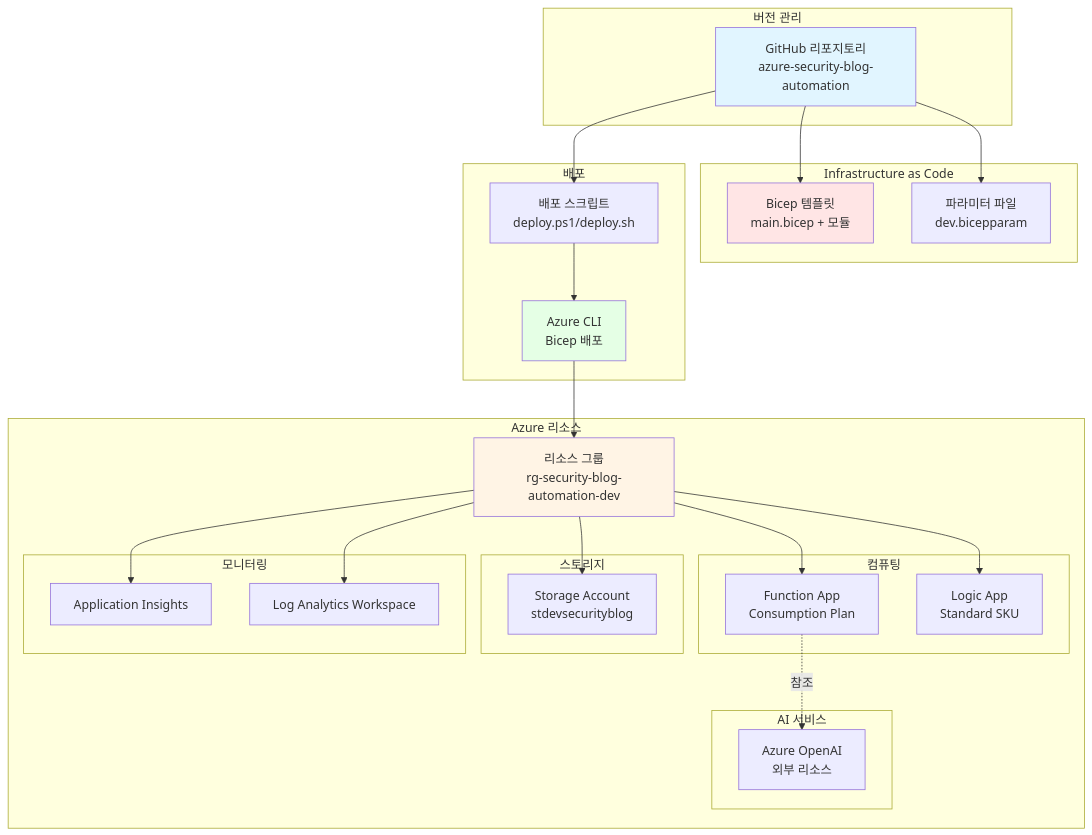
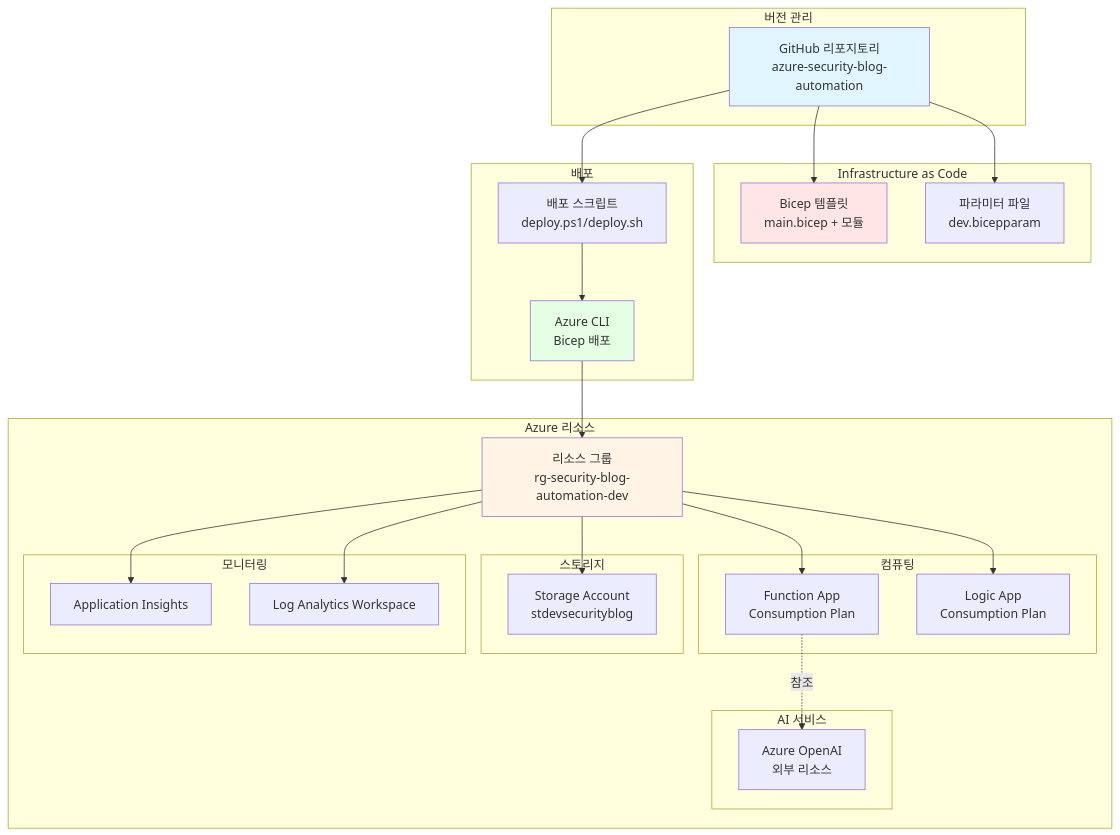
Before and after one commit to zer0big/azure-security-blog-automation: the fourth of 4 diagrams in docs/아키텍처.md, drawn with Mermaid. The commit also changed other lines of this file and 9 other files, not shown here.

First line of the commit message:
docs: v4.0.0 전체 현행화 - 피드/스케줄/Logic App 타입 업데이트

````diff
--- a/docs/아키텍처.md
+++ b/docs/아키텍처.md
@@ -222,55 +223,55 @@
 ```mermaid
 graph TB
     subgraph "버전 관리"
         REPO["GitHub 리포지토리\nazure-security-blog-automation"]
     end
     
     subgraph "Infrastructure as Code"
         BICEP["Bicep 템플릿\nmain.bicep + 모듈"]
         PARAMS["파라미터 파일\ndev.bicepparam"]
     end
     
     subgraph "배포"
         SCRIPT["배포 스크립트\ndeploy.ps1/deploy.sh"]
         AZCLI["Azure CLI\nBicep 배포"]
     end
     
     subgraph "Azure 리소스"
         RG["리소스 그룹\nrg-security-blog-automation-dev"]
         
         subgraph "컴퓨팅"
             FUNCAPP["Function App\nConsumption Plan"]
-            LAAPP["Logic App\nStandard SKU"]
+            LAAPP["Logic App\nConsumption Plan"]
         end
         
         subgraph "스토리지"
             SA["Storage Account\nstdevsecurityblog"]
         end
         
         subgraph "모니터링"
             AI[Application Insights]
             LAW[Log Analytics Workspace]
         end
         
         subgraph "AI 서비스"
             AOAI2["Azure OpenAI\n외부 리소스"]
         end
     end
     
     REPO --> BICEP
     REPO --> PARAMS
     REPO --> SCRIPT
     SCRIPT --> AZCLI
     AZCLI --> RG
     RG --> FUNCAPP
     RG --> LAAPP
     RG --> SA
     RG --> AI
     RG --> LAW
     FUNCAPP -.->|참조| AOAI2
     
     style REPO fill:#E1F5FF
     style BICEP fill:#FFE5E5
     style AZCLI fill:#E5FFE5
     style RG fill:#FFF4E5
 ```
````
